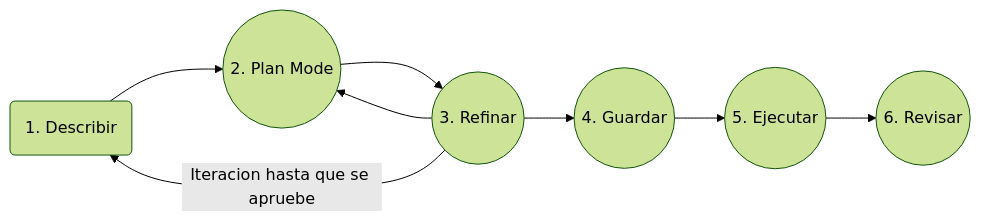
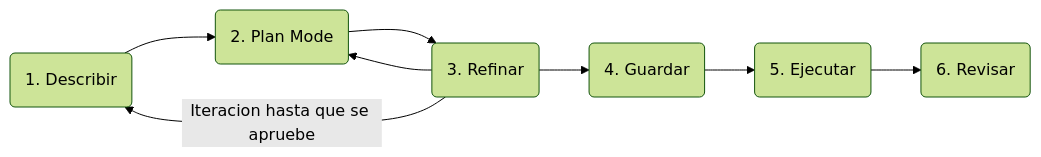
The diagram in OpenCode/SpecDrivenDevelopment.md (sramire3000/documentacion), drawn with Mermaid (forest theme) before and after one commit.

Commit message:
Fix formatting in SpecDrivenDevelopment.md diagram

````diff
--- a/OpenCode/SpecDrivenDevelopment.md
+++ b/OpenCode/SpecDrivenDevelopment.md
@@ -4,10 +4,10 @@
 ```mermaid
 graph LR
-A(1. Describir) --> B((2. Plan Mode))
-B --> C((3. Refinar))
+A(1. Describir) --> B(2. Plan Mode)
+B --> C(3. Refinar)
 C -- Iteracion hasta que se apruebe --> A
 C --> B
-C --> D((4. Guardar))
-D --> E((5. Ejecutar))
-E --> F((6. Revisar))
+C --> D(4. Guardar)
+D --> E(5. Ejecutar)
+E --> F(6. Revisar)
 ```
````
